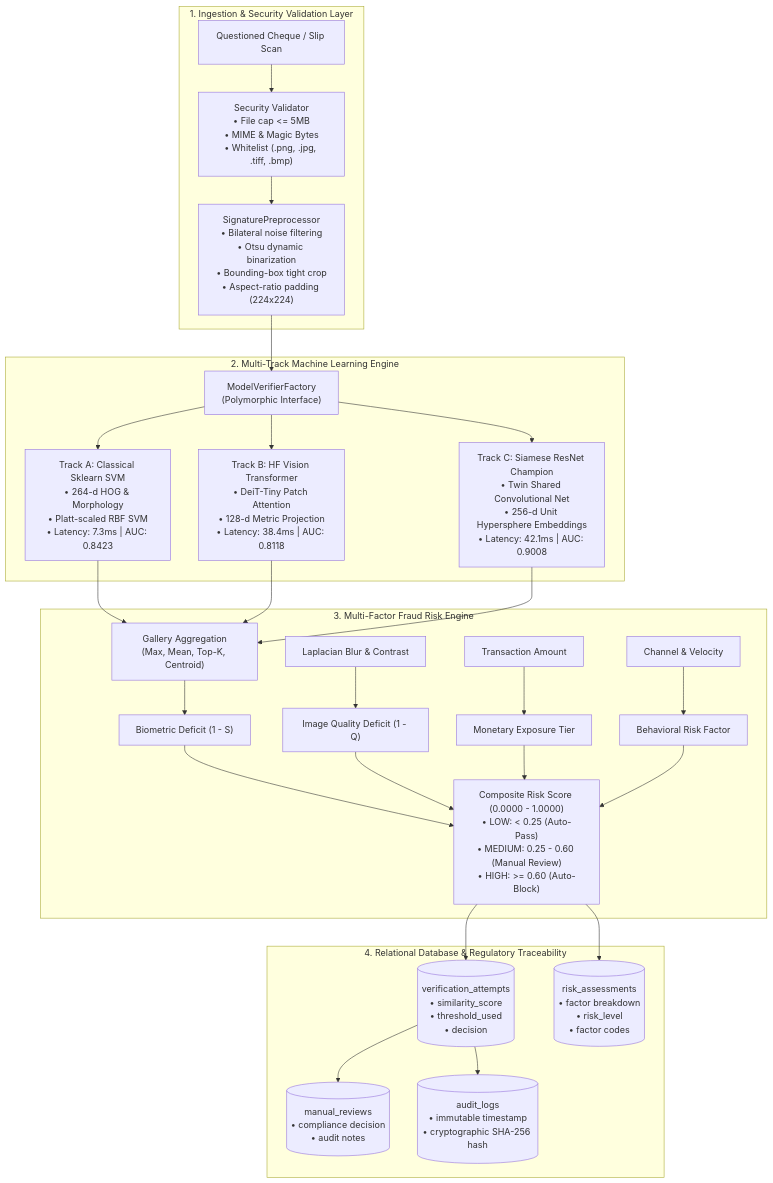
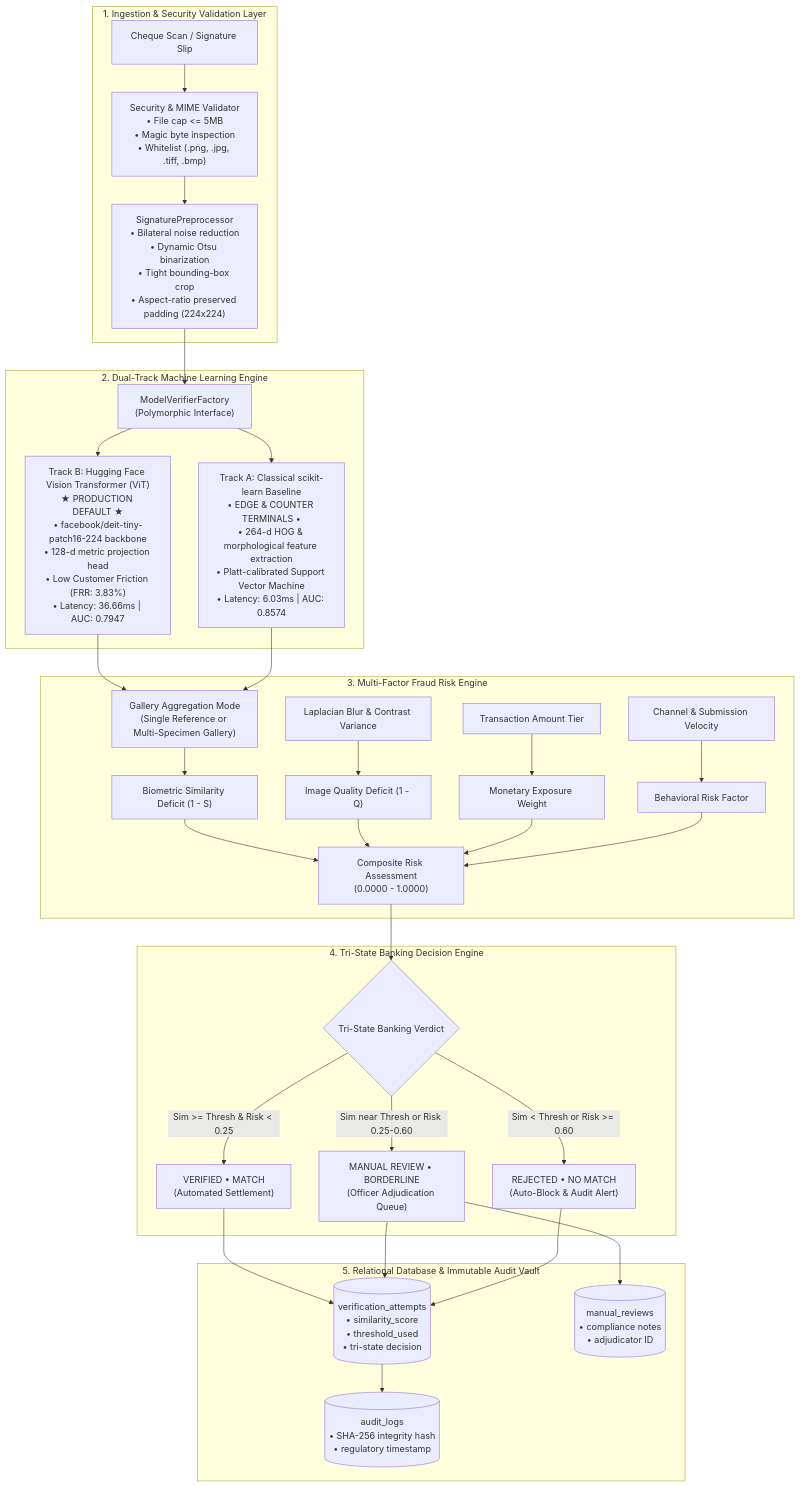
One commit to neeravjain91-jpg/signature-v changed the diagram in README.md. Above: the diagram before and after it, drawn with Mermaid. The commit also changed other lines of this file and 20 other files, not shown here.

First line of the commit message:
feat(vmake): strict BRD rebuild with Dual-Track HF ViT and sklearn SVM architecture

````diff
--- a/README.md
+++ b/README.md
@@ -17,30 +19,35 @@
 ```mermaid
 flowchart TD
     subgraph Ingestion_Layer ["1. Ingestion & Security Validation Layer"]
-        CHEQUE["Questioned Cheque / Slip Scan"] --> VALIDATOR["Security Validator<br/>• File cap <= 5MB<br/>• MIME & Magic Bytes<br/>• Whitelist (.png, .jpg, .tiff, .bmp)"]
-        VALIDATOR --> PRE["SignaturePreprocessor<br/>• Bilateral noise filtering<br/>• Otsu dynamic binarization<br/>• Bounding-box tight crop<br/>• Aspect-ratio padding (224x224)"]
+        DOC["Cheque Scan / Signature Slip"] --> VAL["Security & MIME Validator<br/>• File cap <= 5MB<br/>• Magic byte inspection<br/>• Whitelist (.png, .jpg, .tiff, .bmp)"]
+        VAL --> PRE["SignaturePreprocessor<br/>• Bilateral noise reduction<br/>• Dynamic Otsu binarization<br/>• Tight bounding-box crop<br/>• Aspect-ratio preserved padding (224x224)"]
     end
 
-    subgraph Multi_Track_Core ["2. Multi-Track Machine Learning Engine"]
+    subgraph Dual_Track_Core ["2. Dual-Track Machine Learning Engine"]
         PRE --> DISPATCHER["ModelVerifierFactory<br/>(Polymorphic Interface)"]
-        DISPATCHER --> TRACK_A["Track A: Classical Sklearn SVM<br/>• 264-d HOG & Morphology<br/>• Platt-scaled RBF SVM<br/>• Latency: 7.3ms | AUC: 0.8423"]
-        DISPATCHER --> TRACK_B["Track B: HF Vision Transformer<br/>• DeiT-Tiny Patch Attention<br/>• 128-d Metric Projection<br/>• Latency: 38.4ms | AUC: 0.8118"]
-        DISPATCHER --> TRACK_C["Track C: Siamese ResNet Champion<br/>• Twin Shared Convolutional Net<br/>• 256-d Unit Hypersphere Embeddings<br/>• Latency: 42.1ms | AUC: 0.9008"]
+        DISPATCHER --> TRACK_B["Track B: Hugging Face Vision Transformer (ViT)<br/>★ PRODUCTION DEFAULT ★<br/>• facebook/deit-tiny-patch16-224 backbone<br/>• 128-d metric projection head<br/>• Low Customer Friction (FRR: 3.83%)<br/>• Latency: 36.66ms | AUC: 0.7947"]
+        DISPATCHER --> TRACK_A["Track A: Classical scikit-learn Baseline<br/>• EDGE & COUNTER TERMINALS •<br/>• 264-d HOG & morphological feature extraction<br/>• Platt-calibrated Support Vector Machine<br/>• Latency: 6.03ms | AUC: 0.8574"]
     end
 
     subgraph Risk_Engine ["3. Multi-Factor Fraud Risk Engine"]
-        TRACK_A & TRACK_B & TRACK_C --> AGG["Gallery Aggregation<br/>(Max, Mean, Top-K, Centroid)"]
-        AGG --> S_COMP["Biometric Deficit (1 - S)"]
-        LAPLACIAN["Laplacian Blur & Contrast"] --> Q_COMP["Image Quality Deficit (1 - Q)"]
-        TXN_DATA["Transaction Amount"] --> T_COMP["Monetary Exposure Tier"]
-        BEH_DATA["Channel & Velocity"] --> B_COMP["Behavioral Risk Factor"]
-        S_COMP & Q_COMP & T_COMP & B_COMP --> COMPOSITE["Composite Risk Score (0.0000 - 1.0000)<br/>• LOW: < 0.25 (Auto-Pass)<br/>• MEDIUM: 0.25 - 0.60 (Manual Review)<br/>• HIGH: >= 0.60 (Auto-Block)"]
+        TRACK_B & TRACK_A --> AGG["Gallery Aggregation Mode<br/>(Single Reference or Multi-Specimen Gallery)"]
+        AGG --> S_COMP["Biometric Similarity Deficit (1 - S)"]
+        QUALITY["Laplacian Blur & Contrast Variance"] --> Q_COMP["Image Quality Deficit (1 - Q)"]
+        TXN["Transaction Amount Tier"] --> T_COMP["Monetary Exposure Weight"]
+        BEH["Channel & Submission Velocity"] --> B_COMP["Behavioral Risk Factor"]
+        S_COMP & Q_COMP & T_COMP & B_COMP --> COMPOSITE["Composite Risk Assessment<br/>(0.0000 - 1.0000)"]
     end
 
-    subgraph Enterprise_DB ["4. Relational Database & Regulatory Traceability"]
-        COMPOSITE --> VERIF_TBL[("verification_attempts<br/>• similarity_score<br/>• threshold_used<br/>• decision")]
-        COMPOSITE --> RISK_TBL[("risk_assessments<br/>• factor breakdown<br/>• risk_level<br/>• factor codes")]
-        VERIF_TBL --> REVIEW_TBL[("manual_reviews<br/>• compliance decision<br/>• audit notes")]
-        VERIF_TBL --> AUDIT_TBL[("audit_logs<br/>• immutable timestamp<br/>• cryptographic SHA-256 hash")]
+    subgraph Decision_Engine ["4. Tri-State Banking Decision Engine"]
+        COMPOSITE --> DECISION{"Tri-State Banking Verdict"}
+        DECISION -->|"Sim >= Thresh & Risk < 0.25"| PASS["VERIFIED • MATCH<br/>(Automated Settlement)"]
+        DECISION -->|"Sim near Thresh or Risk 0.25-0.60"| REVIEW["MANUAL REVIEW • BORDERLINE<br/>(Officer Adjudication Queue)"]
+        DECISION -->|"Sim < Thresh or Risk >= 0.60"| REJECT["REJECTED • NO MATCH<br/>(Auto-Block & Audit Alert)"]
+    end
+
+    subgraph Relational_Audit ["5. Relational Database & Immutable Audit Vault"]
+        PASS & REVIEW & REJECT --> DB_TXN[("verification_attempts<br/>• similarity_score<br/>• threshold_used<br/>• tri-state decision")]
+        REVIEW --> DB_QUEUE[("manual_reviews<br/>• compliance notes<br/>• adjudicator ID")]
+        DB_TXN --> DB_AUDIT[("audit_logs<br/>• SHA-256 integrity hash<br/>• regulatory timestamp")]
     end
 ```
````
